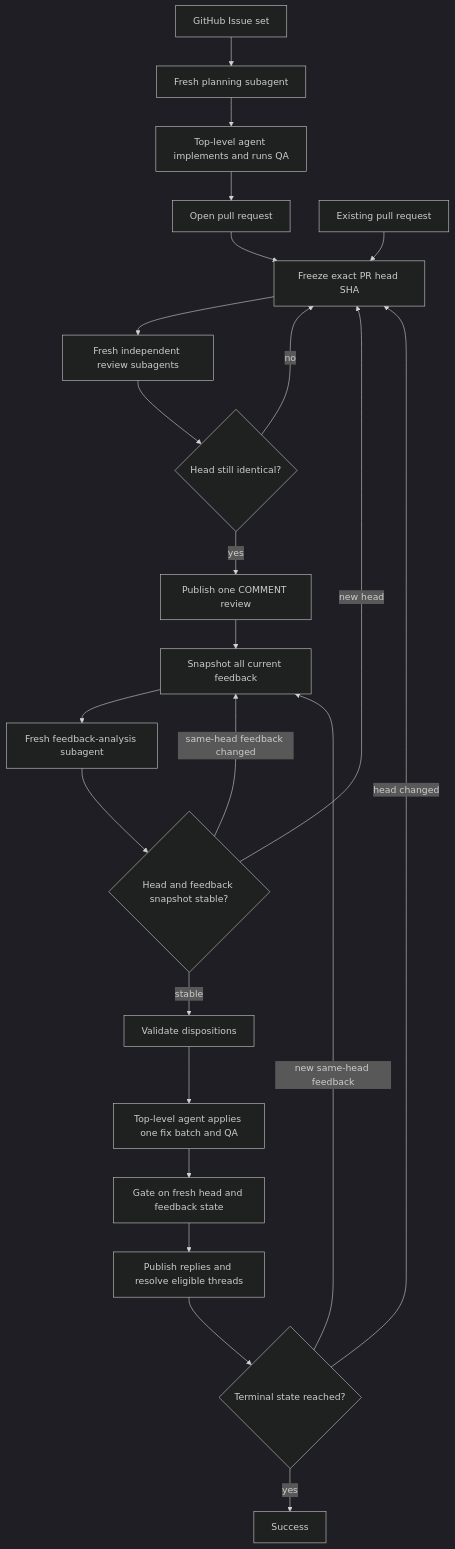
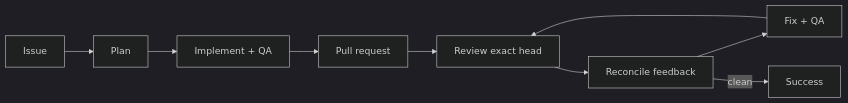
Before and after one commit to dceoy/pr-loop: the diagram in README.md, drawn with Mermaid (dark theme). The commit also changed other lines of this file, not shown here.

````diff
--- a/README.md
+++ b/README.md
@@ -23,25 +11,7 @@
 ```mermaid
-flowchart TD
-  I[GitHub Issue set] --> P[Fresh planning subagent]
-  P --> M[Top-level agent implements and runs QA]
-  M --> PR[Open pull request]
-  E[Existing pull request] --> H
-  PR --> H[Freeze exact PR head SHA]
-  H --> R[Fresh independent review subagents]
-  R --> V{Head still identical?}
-  V -->|no| H
-  V -->|yes| C[Publish one COMMENT review]
-  C --> F[Snapshot all current feedback]
-  F --> A[Fresh feedback-analysis subagent]
-  A --> S{Head and feedback snapshot stable?}
-  S -->|new head| H
-  S -->|same-head feedback changed| F
-  S -->|stable| D[Validate dispositions]
-  D --> X[Top-level agent applies one fix batch and QA]
-  X --> G[Gate on fresh head and feedback state]
-  G --> O[Publish replies and resolve eligible threads]
-  O --> T{Terminal state reached?}
-  T -->|head changed| H
-  T -->|new same-head feedback| F
-  T -->|yes| Z[Success]
+flowchart LR
+  I[Issue] --> P[Plan] --> M[Implement + QA] --> PR[Pull request]
+  PR --> R[Review exact head] --> F[Reconcile feedback] --> X[Fix + QA]
+  X --> R
+  F -->|clean| S[Success]
 ```
````
